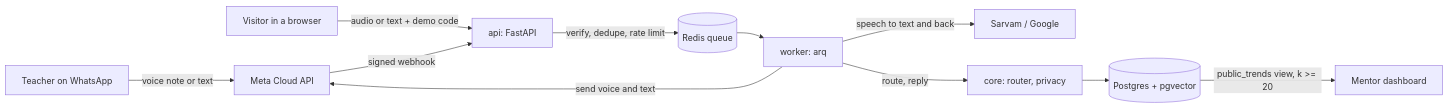
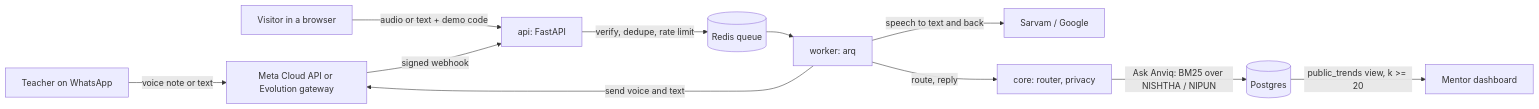
One commit to DisturbedSage5840C/Anviq changed the diagram in README.md. Above: the diagram before and after it, drawn with Mermaid. The commit also changed other lines of this file, not shown here.

Commit message:
docs: update README for BM25 Ask, Evolution channel and live web room

````diff
--- a/README.md
+++ b/README.md
@@ -42,13 +42,13 @@
 ```mermaid
 flowchart LR
-    T[Teacher on WhatsApp] -->|voice note or text| M[Meta Cloud API]
+    T[Teacher on WhatsApp] -->|voice note or text| M[Meta Cloud API or Evolution gateway]
     V[Visitor in a browser] -->|audio or text + demo code| API
     M -->|signed webhook| API[api: FastAPI]
     API -->|verify, dedupe, rate limit| Q[(Redis queue)]
     Q --> W[worker: arq]
     W -->|speech to text and back| S[Sarvam / Google]
     W -->|route, reply| C[core: router, privacy]
     W -->|send voice and text| M
-    C --> DB[(Postgres + pgvector)]
+    C -->|Ask Anviq: BM25 over NISHTHA / NIPUN| DB[(Postgres)]
     DB -->|public_trends view, k >= 20| D[Mentor dashboard]
 ```
````
